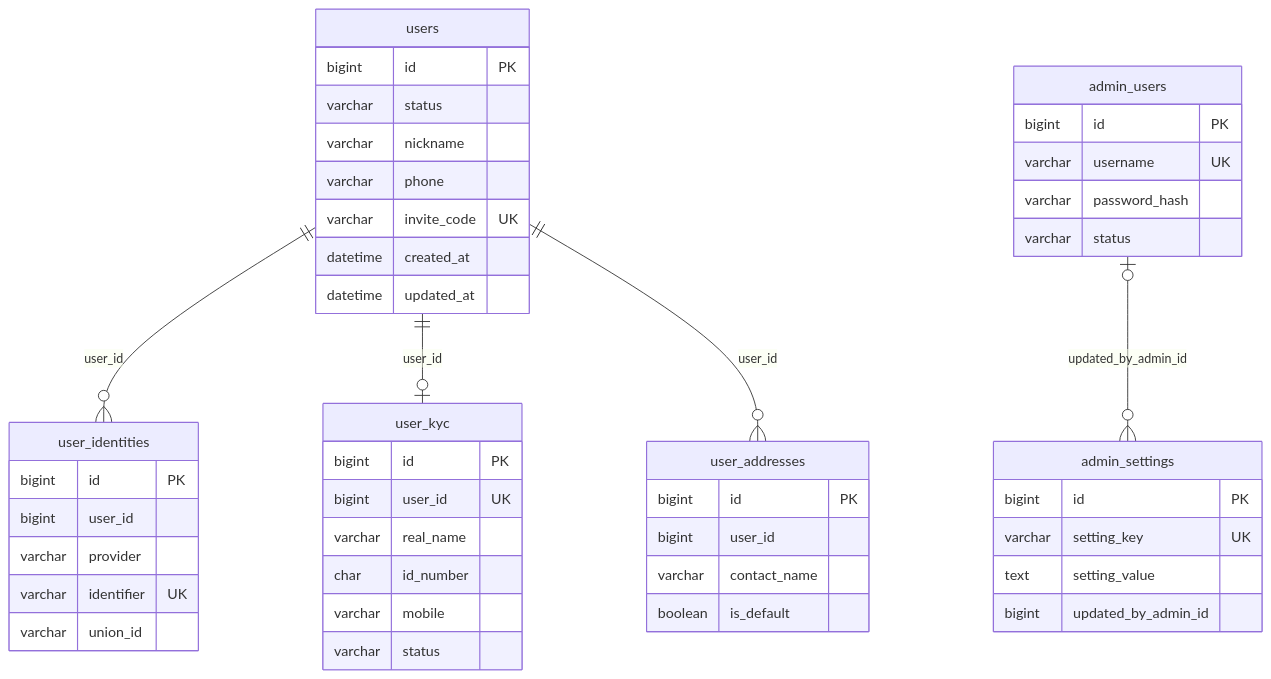
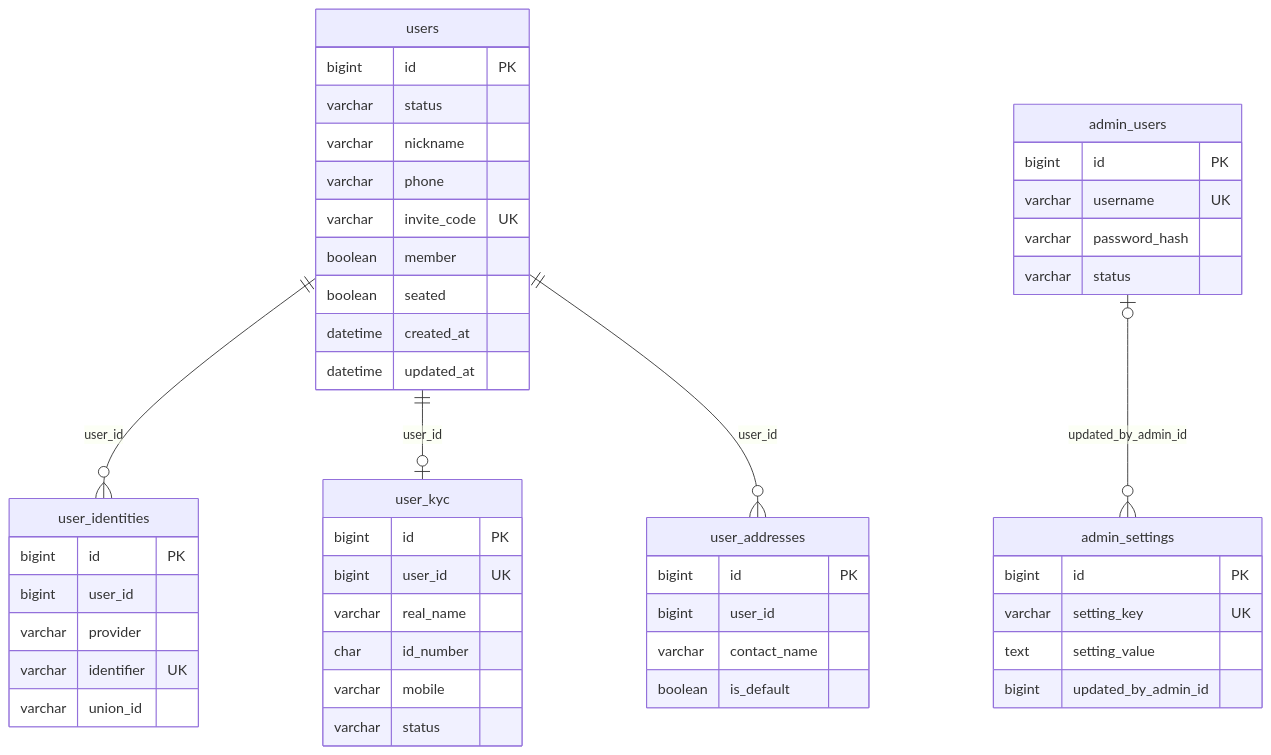
One commit to songyunhmiLY/aurel-mall-api changed the first of 7 diagrams in docs/er.md. Above: the diagram before and after it, drawn with Mermaid. The commit also changed other lines of this file and 42 other files, not shown here.

````diff
--- a/docs/er.md
+++ b/docs/er.md
@@ -27,50 +27,52 @@
 ```mermaid
 erDiagram
   users ||--o{ user_identities : "user_id"
   users ||--o| user_kyc : "user_id"
   users ||--o{ user_addresses : "user_id"
   admin_users |o--o{ admin_settings : "updated_by_admin_id"
 
   users {
     bigint id PK
     varchar status
     varchar nickname
     varchar phone
     varchar invite_code UK
+    boolean member
+    boolean seated
     datetime created_at
     datetime updated_at
   }
   user_identities {
     bigint id PK
     bigint user_id
     varchar provider
     varchar identifier UK
     varchar union_id
   }
   user_kyc {
     bigint id PK
     bigint user_id UK
     varchar real_name
     char id_number
     varchar mobile
     varchar status
   }
   user_addresses {
     bigint id PK
     bigint user_id
     varchar contact_name
     boolean is_default
   }
   admin_users {
     bigint id PK
     varchar username UK
     varchar password_hash
     varchar status
   }
   admin_settings {
     bigint id PK
     varchar setting_key UK
     text setting_value
     bigint updated_by_admin_id
   }
 ```
````
